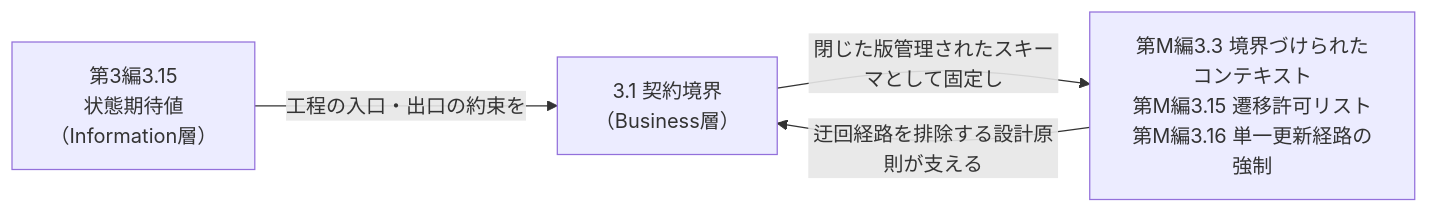
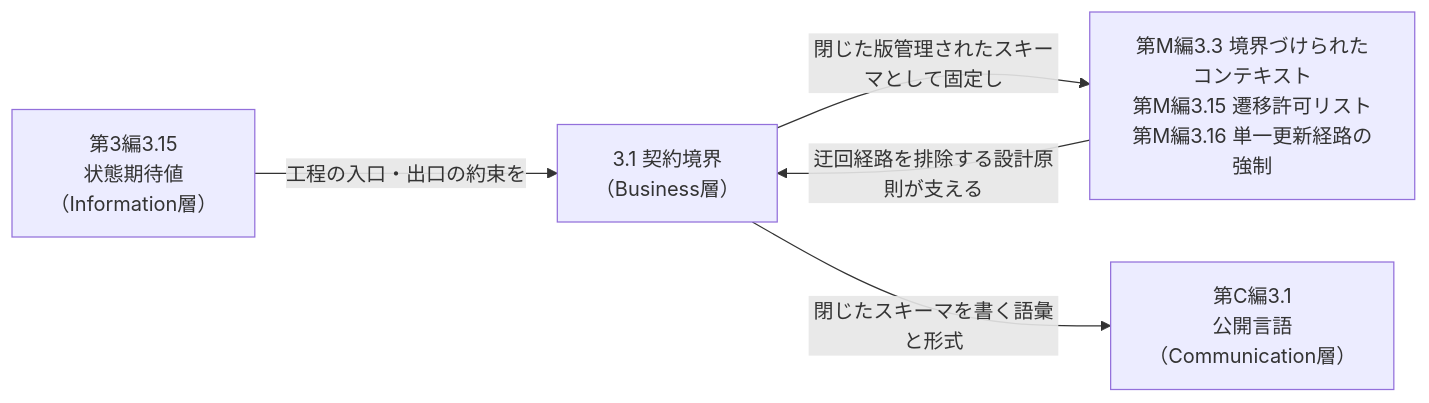
The first of 2 diagrams in pilot/part5-business.md (yuubae215/my-dictionary), drawn with Mermaid before and after one commit. The commit also changed other lines of this file and 1 other file, not shown here.

````diff
--- a/pilot/part5-business.md
+++ b/pilot/part5-business.md
@@ -28,10 +45,12 @@
 ```mermaid
 flowchart LR
     SE["第3編3.15<br/>状態期待値<br/>（Information層）"]
     CB["3.1 契約境界<br/>（Business層）"]
     META["第M編3.3 境界づけられたコンテキスト<br/>第M編3.15 遷移許可リスト<br/>第M編3.16 単一更新経路の強制"]
+    PL["第C編3.1<br/>公開言語<br/>（Communication層）"]
 
     SE -->|"工程の入口・出口の約束を"| CB
     CB -->|"閉じた版管理されたスキーマとして固定し"| META
     META -->|"迂回経路を排除する設計原則が支える"| CB
+    CB -->|"閉じたスキーマを書く語彙と形式"| PL
 ```
````
